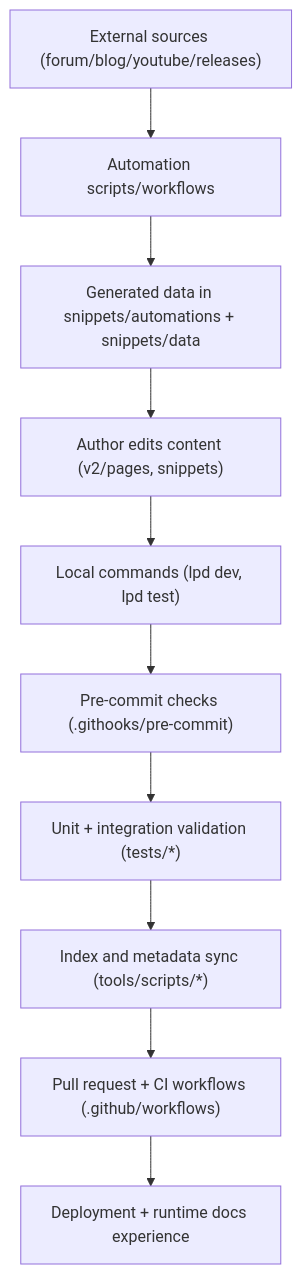
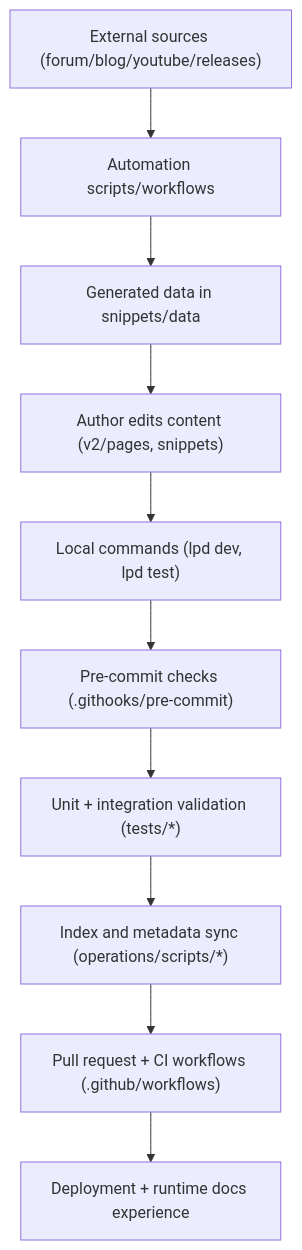
The diagram in docs-guide/features/architecture-map.mdx (livepeer/docs), drawn with Mermaid before and after one commit. The commit also changed other lines of this file and 8540 other files, not shown here.

````diff
--- a/docs-guide/features/architecture-map.mdx
+++ b/docs-guide/features/architecture-map.mdx
@@ -35,13 +35,13 @@
 ```mermaid
 flowchart TD
   A["Author edits content (v2/pages, snippets)"] --> B["Local commands (lpd dev, lpd test)"]
   B --> C["Pre-commit checks (.githooks/pre-commit)"]
   C --> D["Unit + integration validation (tests/*)"]
-  D --> E["Index and metadata sync (tools/scripts/*)"]
+  D --> E["Index and metadata sync (operations/scripts/*)"]
   E --> F["Pull request + CI workflows (.github/workflows)"]
   F --> G["Deployment + runtime docs experience"]
 
   H["External sources (forum/blog/youtube/releases)"] --> I["Automation scripts/workflows"]
-  I --> J["Generated data in snippets/automations + snippets/data"]
+  I --> J["Generated data in snippets/data"]
   J --> A
 ```
````
